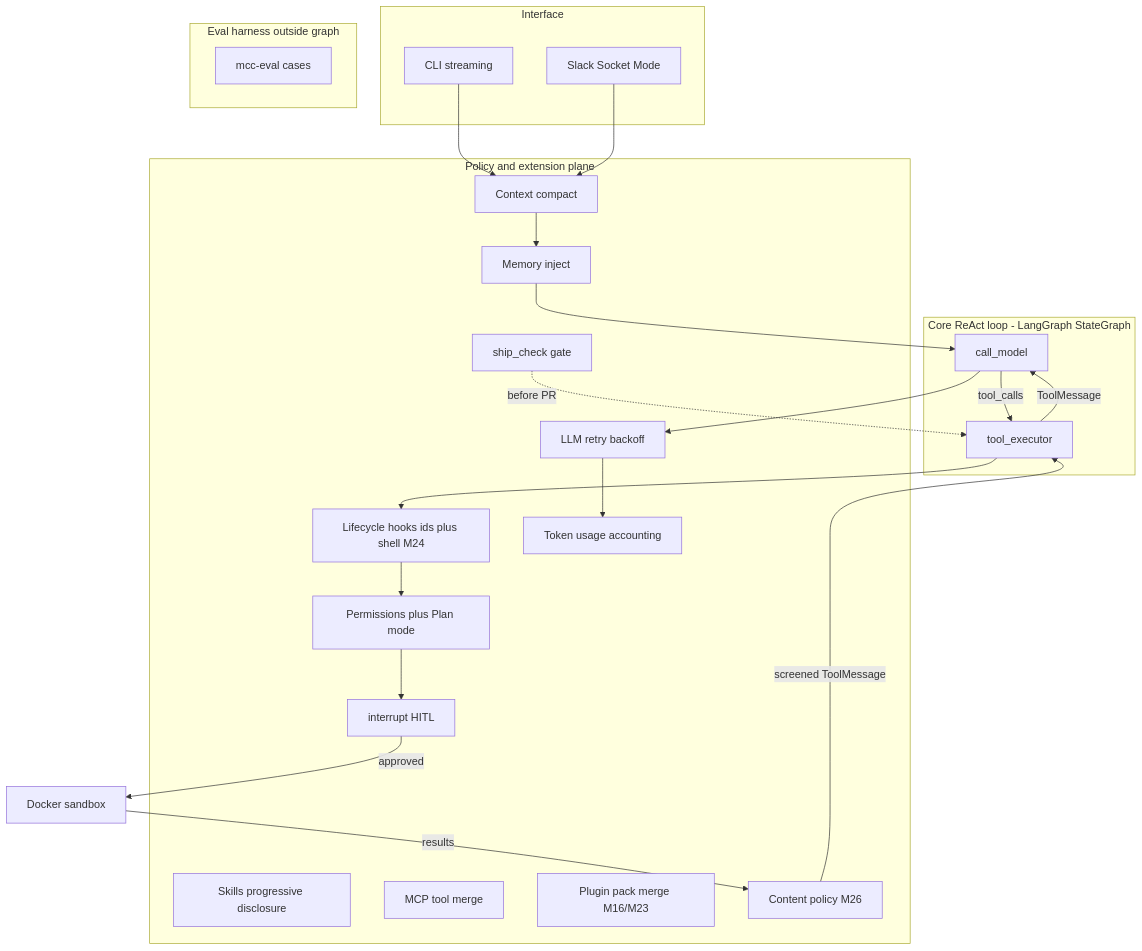
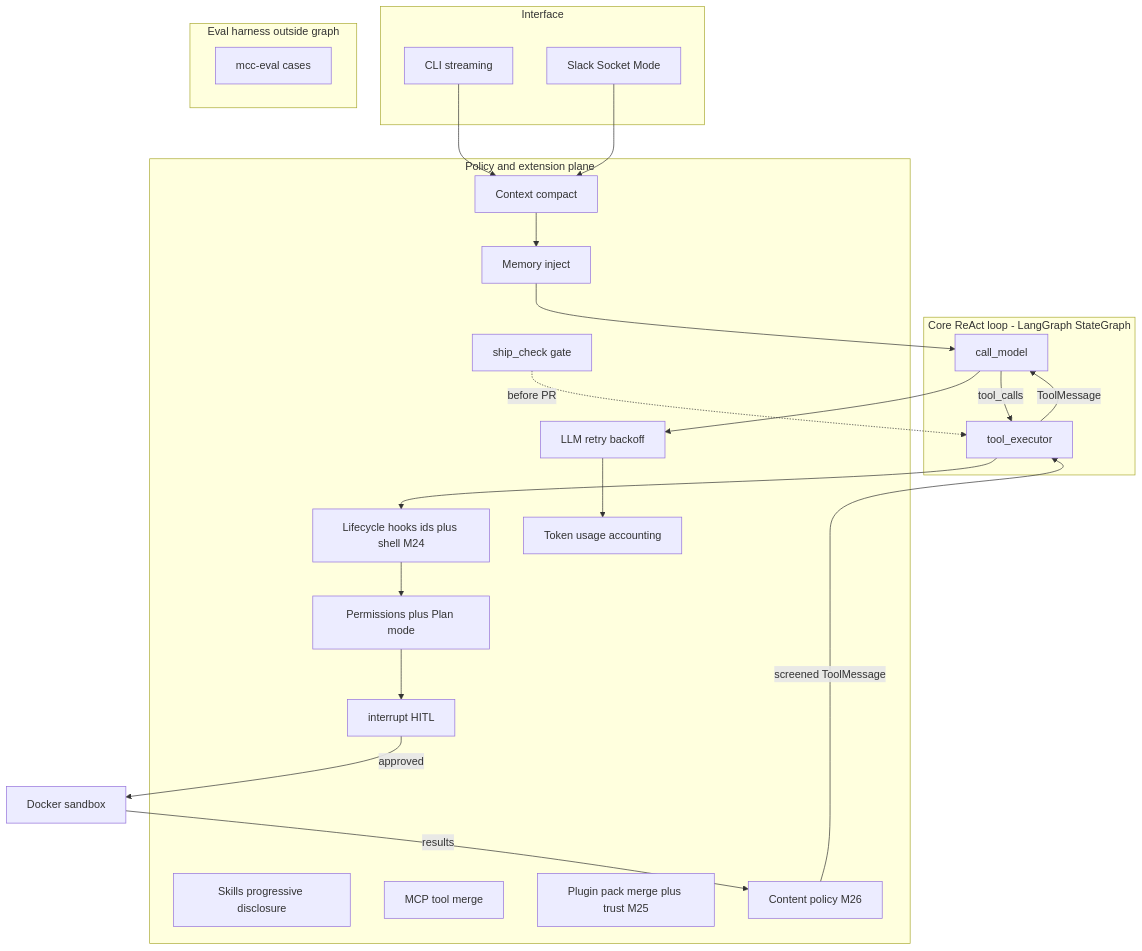
Before and after one commit to CharlotteYW/mini-claude-code: the second of 2 diagrams in docs/architecture.md, drawn with Mermaid. The commit also changed other lines of this file and 21 other files, not shown here.

First line of the commit message:
Ship M25 plugin install CLI with local trust capabilities.

````diff
--- a/docs/architecture.md
+++ b/docs/architecture.md
@@ -47,43 +47,43 @@
 ```mermaid
 flowchart TB
   subgraph ui [Interface]
     CLI[CLI streaming]
     Slack[Slack Socket Mode]
   end
   subgraph core [Core ReAct loop - LangGraph StateGraph]
     Model[call_model]
     Tools[tool_executor]
     Model -->|tool_calls| Tools
     Tools -->|ToolMessage| Model
   end
   subgraph plane [Policy and extension plane]
     Perm[Permissions plus Plan mode]
     HITL[interrupt HITL]
     Hooks[Lifecycle hooks ids plus shell M24]
     Skills[Skills progressive disclosure]
     MCP[MCP tool merge]
-    Plugins[Plugin pack merge M16/M23]
+    Plugins[Plugin pack merge plus trust M25]
     ContentPolicy[Content policy M26]
     Compact[Context compact]
     Memory[Memory inject]
     Retry[LLM retry backoff]
     Usage[Token usage accounting]
     Ship[ship_check gate]
   end
   subgraph eval [Eval harness outside graph]
     EvalRunner[mcc-eval cases]
   end
   CLI --> Compact
   Slack --> Compact
   Compact --> Memory
   Memory --> Model
   Model --> Retry
   Retry --> Usage
   Tools --> Hooks
   Hooks --> Perm
   Perm --> HITL
   HITL -->|approved| Sandbox[Docker sandbox]
   Sandbox -->|results| ContentPolicy
   ContentPolicy -->|screened ToolMessage| Tools
   Ship -.->|before PR| Tools
 ```
````
